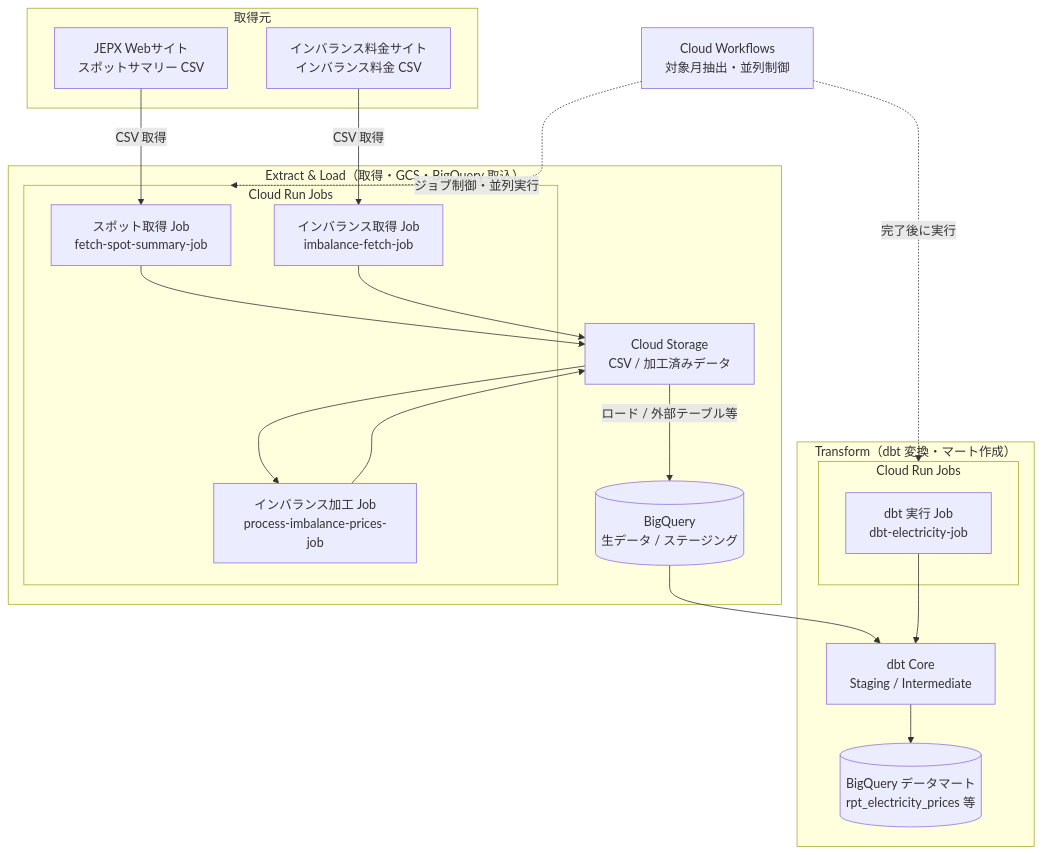
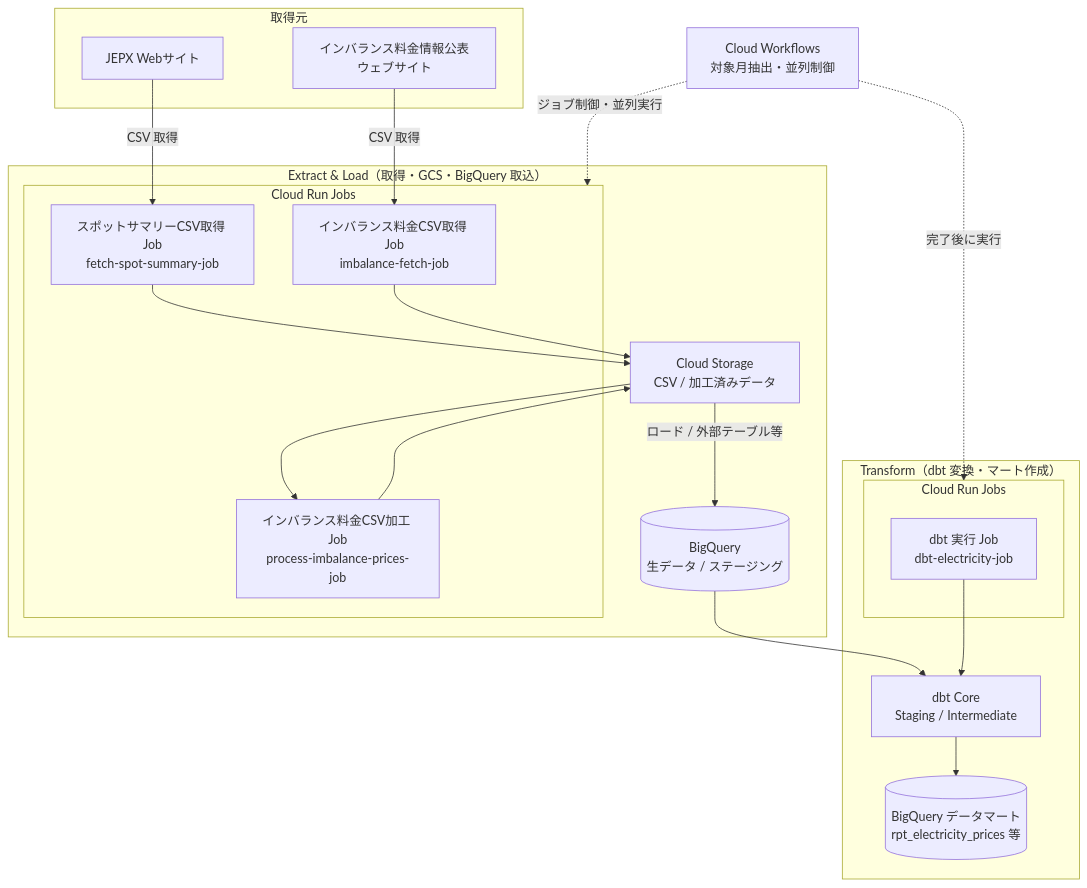
Before and after one commit to elenmikasa/gcp-data-pipeline: the diagram in README.md, drawn with Mermaid.

Commit message:
READMEのmermaid微調整

````diff
--- a/README.md
+++ b/README.md
@@ -9,44 +9,44 @@
 ```mermaid
 flowchart TB
     subgraph Sources["取得元"]
-        JEPXWeb["JEPX Webサイト<br/>スポットサマリー CSV"]
-        ImbSite["インバランス料金サイト<br/>インバランス料金 CSV"]
+        JEPXWeb["JEPX Webサイト"]
+        ImbSite["インバランス料金情報公表ウェブサイト"]
     end
 
     WF["Cloud Workflows<br/>対象月抽出・並列制御"]
 
     subgraph ExtractLoad["Extract & Load（取得・GCS・BigQuery 取込）"]
         subgraph CloudRunJobs["Cloud Run Jobs"]
-            FetchSpot["スポット取得 Job<br/>fetch-spot-summary-job"]
-            FetchImb["インバランス取得 Job<br/>imbalance-fetch-job"]
-            ProcImb["インバランス加工 Job<br/>process-imbalance-prices-job"]
+            FetchSpot["スポットサマリーCSV取得 Job<br/>fetch-spot-summary-job"]
+            FetchImb["インバランス料金CSV取得 Job<br/>imbalance-fetch-job"]
+            ProcImb["インバランス料金CSV加工 Job<br/>process-imbalance-prices-job"]
         end
         GCS["Cloud Storage<br/>CSV / 加工済みデータ"]
         BQRaw[("BigQuery<br/>生データ / ステージング")]
     end
 
     subgraph Transform["Transform（dbt 変換・マート作成）"]
         subgraph CloudRunDbt["Cloud Run Jobs"]
             DbtJob["dbt 実行 Job<br/>dbt-electricity-job"]
         end
         DbtModels["dbt Core<br/>Staging / Intermediate"]
         BQMarts[("BigQuery データマート<br/>rpt_electricity_prices 等")]
     end
 
     WF -.->|ジョブ制御・並列実行| CloudRunJobs
     WF -.->|完了後に実行| CloudRunDbt
 
     JEPXWeb -->|CSV 取得| FetchSpot
     ImbSite -->|CSV 取得| FetchImb
 
     FetchSpot --> GCS
     FetchImb --> GCS
     GCS --> ProcImb
     ProcImb --> GCS
 
     GCS -->|ロード / 外部テーブル等| BQRaw
 
     DbtJob --> DbtModels
     BQRaw --> DbtModels
     DbtModels --> BQMarts
 ```
````
